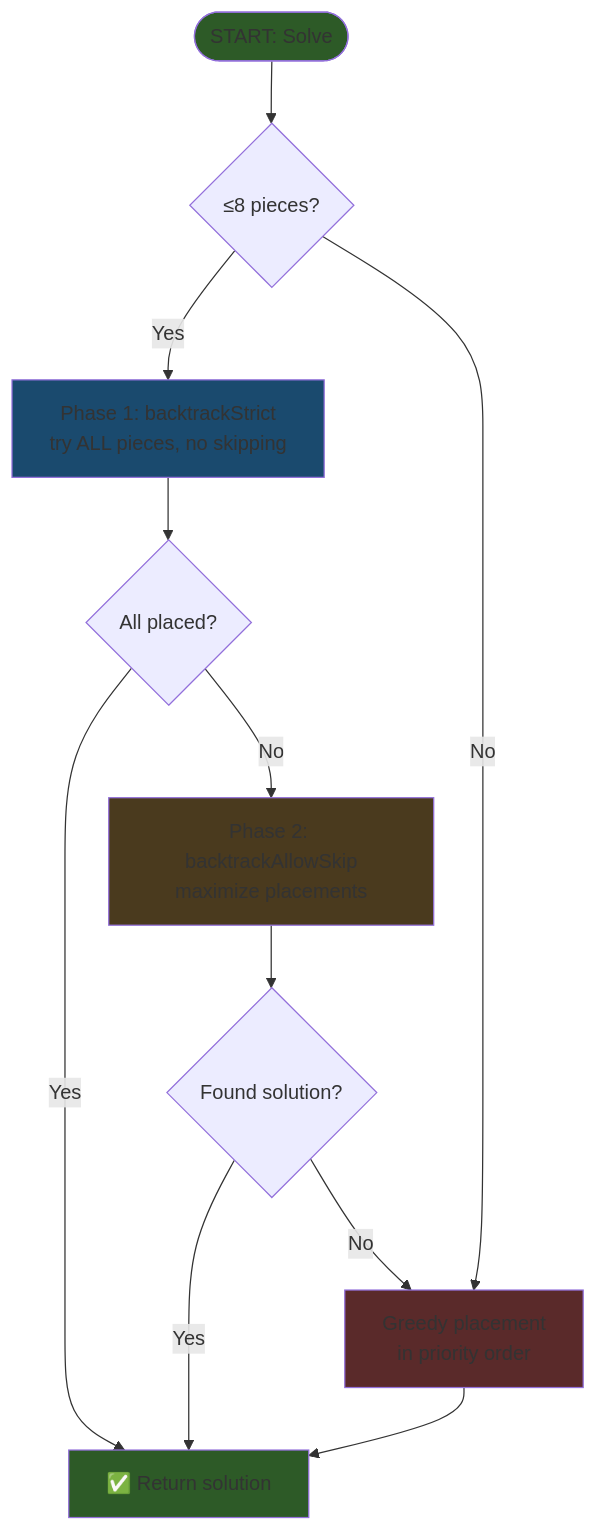
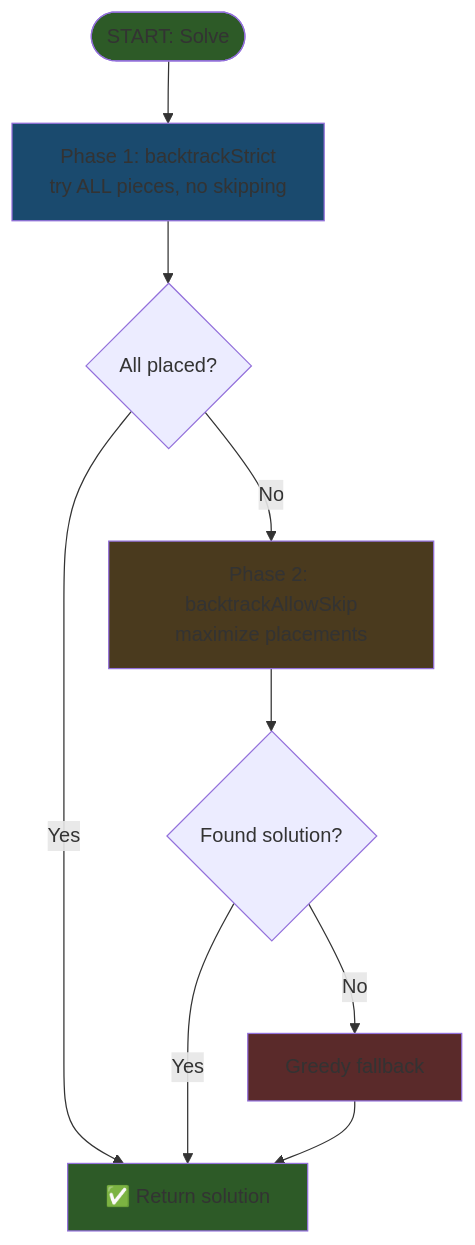
One commit to jasbanza/jump-space-power-grid-optimizer changed the diagram in README.md. Above: the diagram before and after it, drawn with Mermaid. The commit also changed other lines of this file and 1 other file, not shown here.

Commit message:
Increase backtrack iterations to 100k, always try backtracking first

````diff
--- a/README.md
+++ b/README.md
@@ -45,24 +45,21 @@
 ```mermaid
 flowchart TD
-    START([START: Solve]) --> CHECK{≤8 pieces?}
-    
-    CHECK -->|Yes| PHASE1[Phase 1: backtrackStrict<br/>try ALL pieces, no skipping]
-    CHECK -->|No| GREEDY[Greedy placement<br/>in priority order]
+    START([START: Solve]) --> PHASE1[Phase 1: backtrackStrict<br/>try ALL pieces, no skipping]
     
     PHASE1 --> ALL_PLACED{All placed?}
     
     ALL_PLACED -->|Yes| DONE[✅ Return solution]
     ALL_PLACED -->|No| PHASE2[Phase 2: backtrackAllowSkip<br/>maximize placements]
     
     PHASE2 --> FOUND{Found solution?}
     FOUND -->|Yes| DONE
-    FOUND -->|No| GREEDY
+    FOUND -->|No| GREEDY[Greedy fallback]
     
     GREEDY --> DONE
 
     style START fill:#2d5a27
     style DONE fill:#2d5a27
     style PHASE1 fill:#1a4a6e
     style PHASE2 fill:#4a3a1e
     style GREEDY fill:#5a2a2a
 ```
````
